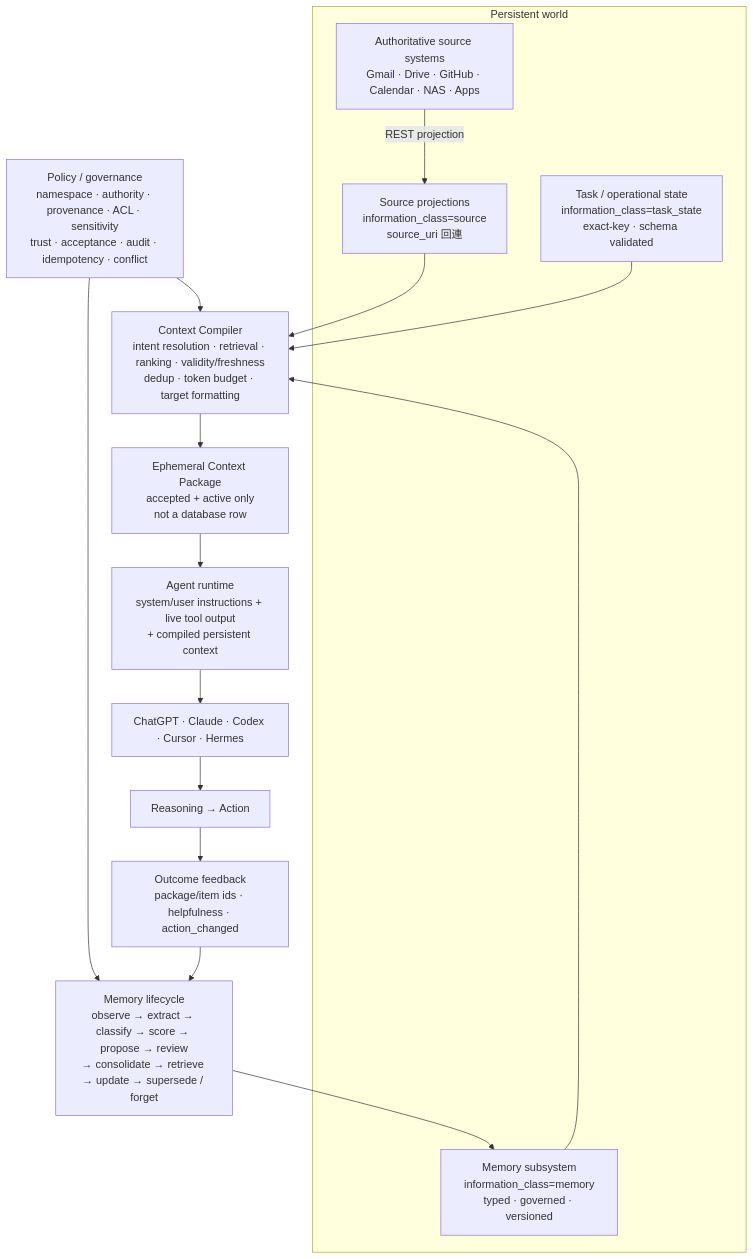
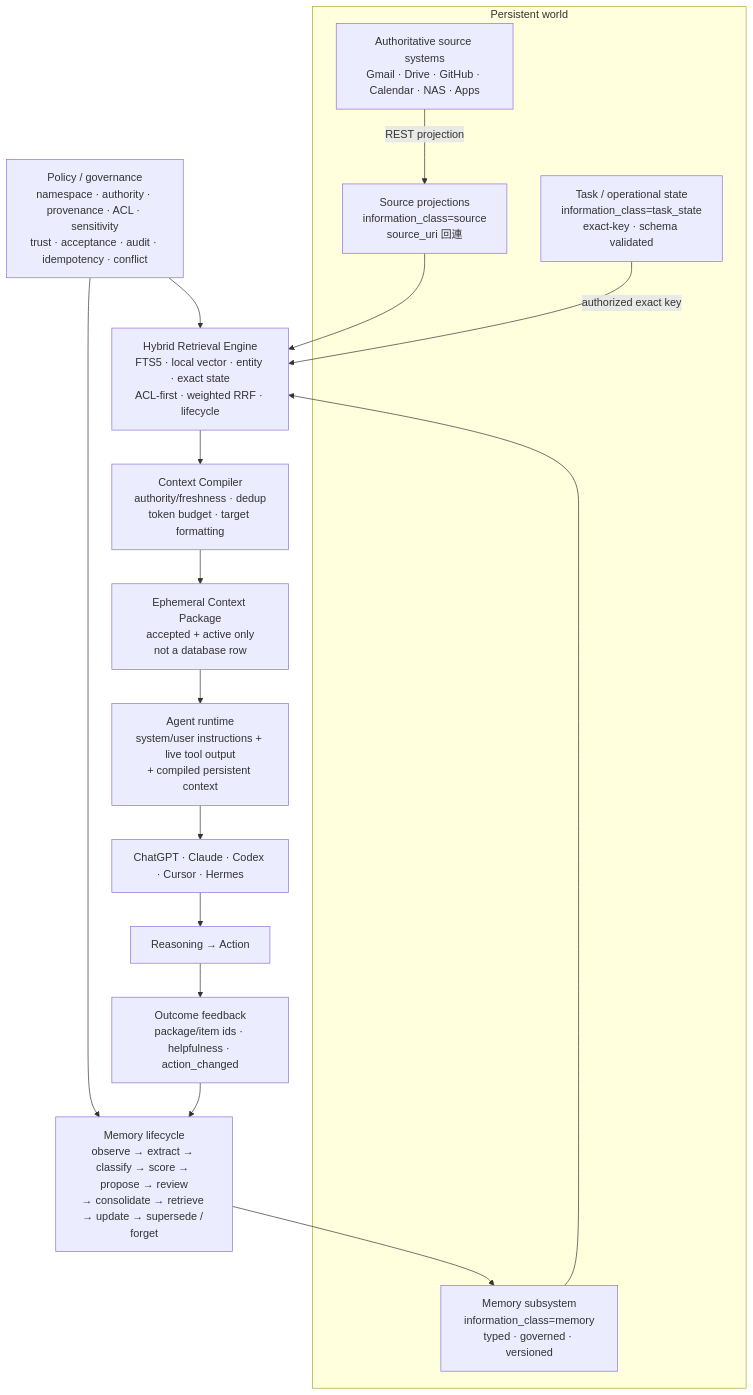
The diagram in docs/DESIGN.md (cuweiwei/ContextHub), drawn with Mermaid before and after one commit. The commit also changed other lines of this file and 23 other files, not shown here.

Commit message:
Add v6 hybrid memory retrieval

````diff
--- a/docs/DESIGN.md
+++ b/docs/DESIGN.md
@@ -37,26 +37,27 @@
 ```mermaid
 flowchart TB
   subgraph Persistent["Persistent world"]
     Systems["Authoritative source systems<br/>Gmail · Drive · GitHub · Calendar · NAS · Apps"]
     Sources["Source projections<br/>information_class=source<br/>source_uri 回連"]
     Memory["Memory subsystem<br/>information_class=memory<br/>typed · governed · versioned"]
     State["Task / operational state<br/>information_class=task_state<br/>exact-key · schema validated"]
     Systems -->|"REST projection"| Sources
   end
 
   Governance["Policy / governance<br/>namespace · authority · provenance · ACL · sensitivity<br/>trust · acceptance · audit · idempotency · conflict"]
-  Compiler["Context Compiler<br/>intent resolution · retrieval · ranking · validity/freshness<br/>dedup · token budget · target formatting"]
+  Retrieval["Hybrid Retrieval Engine<br/>FTS5 · local vector · entity · exact state<br/>ACL-first · weighted RRF · lifecycle"]
+  Compiler["Context Compiler<br/>authority/freshness · dedup<br/>token budget · target formatting"]
   Package["Ephemeral Context Package<br/>accepted + active only<br/>not a database row"]
   Runtime["Agent runtime<br/>system/user instructions + live tool output<br/>+ compiled persistent context"]
   Agents["ChatGPT · Claude · Codex · Cursor · Hermes"]
   Action["Reasoning → Action"]
   Outcome["Outcome feedback<br/>package/item ids · helpfulness · action_changed"]
   Formation["Memory lifecycle<br/>observe → extract → classify → score → propose → review<br/>→ consolidate → retrieve → update → supersede / forget"]
 
-  Sources --> Compiler
-  Memory --> Compiler
-  State --> Compiler
-  Governance --> Compiler
+  Sources --> Retrieval
+  Memory --> Retrieval
+  State -->|"authorized exact key"| Retrieval
+  Governance --> Retrieval --> Compiler
   Governance --> Formation
   Compiler --> Package --> Runtime --> Agents --> Action --> Outcome --> Formation --> Memory
 ```
````
